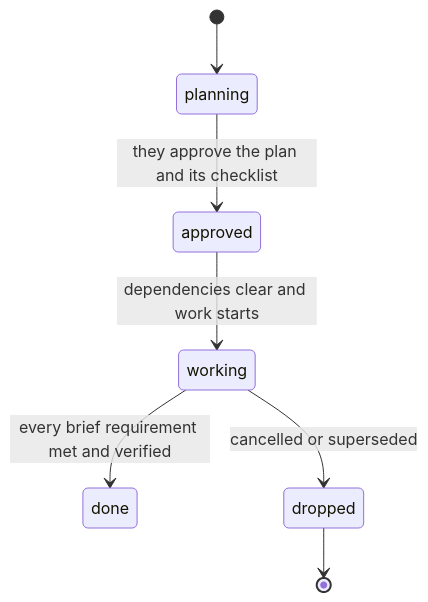
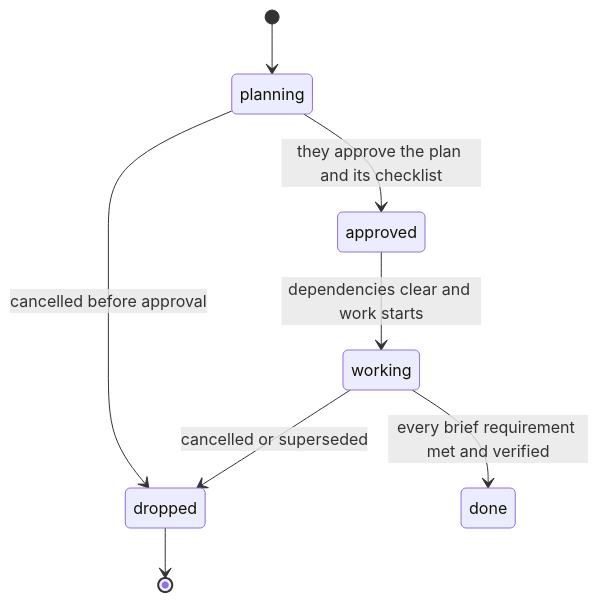
One commit to saifullahsaeed/kith changed the diagram in server/skills/running-a-project/SKILL.md. Above: the diagram before and after it, drawn with Mermaid. The commit also changed other lines of this file and 6 other files, not shown here.

````diff
--- a/server/skills/running-a-project/SKILL.md
+++ b/server/skills/running-a-project/SKILL.md
@@ -53,9 +47,10 @@
 ```mermaid
 stateDiagram-v2
     [*] --> planning
     planning --> approved: they approve the plan and its checklist
+    planning --> dropped: cancelled before approval
     approved --> working: dependencies clear and work starts
     working --> done: every brief requirement met and verified
     working --> dropped: cancelled or superseded
     dropped --> [*]
 ```
````
